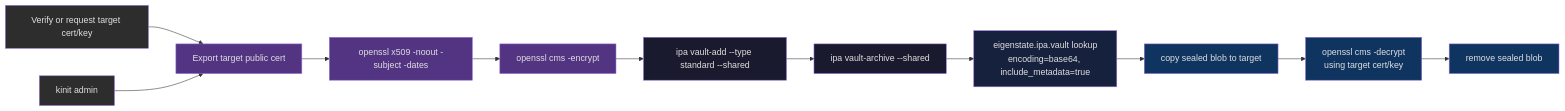
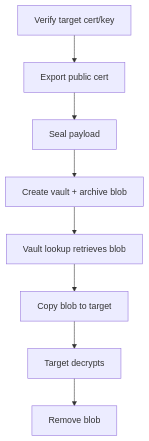
One commit to gprocunier/eigenstate-ipa changed diagram 11 of 13 in docs/vault-capabilities.md. Above: the diagram before and after it, drawn with Mermaid. The commit also changed other lines of this file and 12 other files, not shown here.

Commit message:
Clean up Mermaid diagrams across docs

````diff
--- a/docs/vault-capabilities.md
+++ b/docs/vault-capabilities.md
@@ -480,29 +452,13 @@
 ```mermaid
-flowchart LR
-    kinit["kinit admin"]
-    prereq["Verify or request target cert/key"]
-    export["Export target public cert"]
-    verify["openssl x509 -noout -subject -dates"]
-    seal["openssl cms -encrypt"]
-    vaultadd["ipa vault-add --type standard --shared"]
-    archive["ipa vault-archive --shared"]
-    retrieve["eigenstate.ipa.vault lookup\nencoding=base64, include_metadata=true"]
-    copy["copy sealed blob to target"]
-    unseal["openssl cms -decrypt\nusing target cert/key"]
-    cleanup["remove sealed blob"]
+flowchart TD
+    prereq["Verify target cert/key"]
+    export["Export public cert"]
+    seal["Seal payload"]
+    archive["Create vault + archive blob"]
+    retrieve["Vault lookup retrieves blob"]
+    copy["Copy blob to target"]
+    unseal["Target decrypts"]
+    cleanup["Remove blob"]
 
-    prereq --> export --> verify --> seal --> vaultadd --> archive --> retrieve --> copy --> unseal --> cleanup
-    kinit --> export
-
-    style kinit fill:#2d2d2d,color:#e0e0e0
-    style prereq fill:#2d2d2d,color:#e0e0e0
-    style export fill:#533483,color:#e0e0e0
-    style verify fill:#533483,color:#e0e0e0
-    style seal fill:#533483,color:#e0e0e0
-    style vaultadd fill:#1a1a2e,color:#e0e0e0
-    style archive fill:#1a1a2e,color:#e0e0e0
-    style retrieve fill:#16213e,color:#e0e0e0
-    style copy fill:#0f3460,color:#e0e0e0
-    style unseal fill:#0f3460,color:#e0e0e0
-    style cleanup fill:#0f3460,color:#e0e0e0
+    prereq --> export --> seal --> archive --> retrieve --> copy --> unseal --> cleanup
 ```
````
